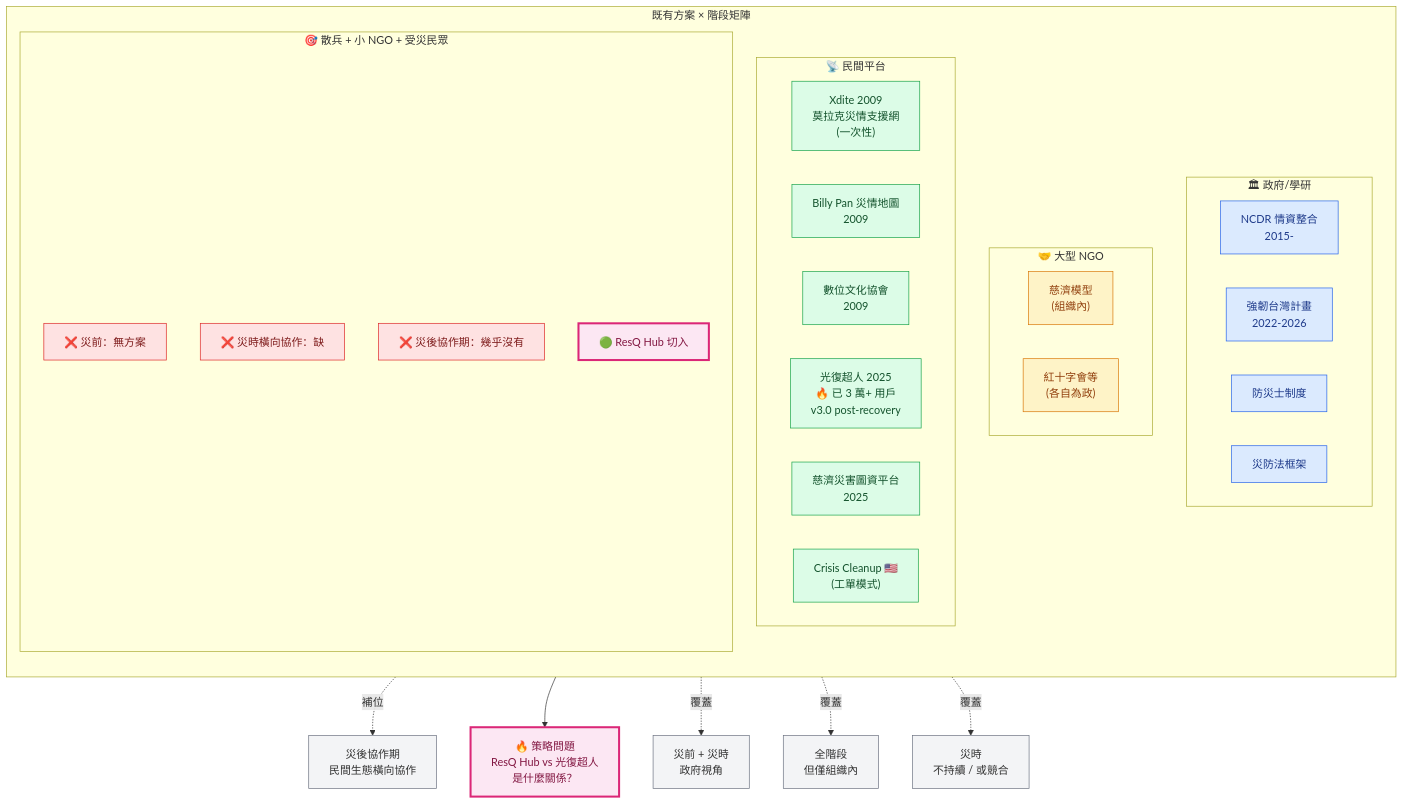
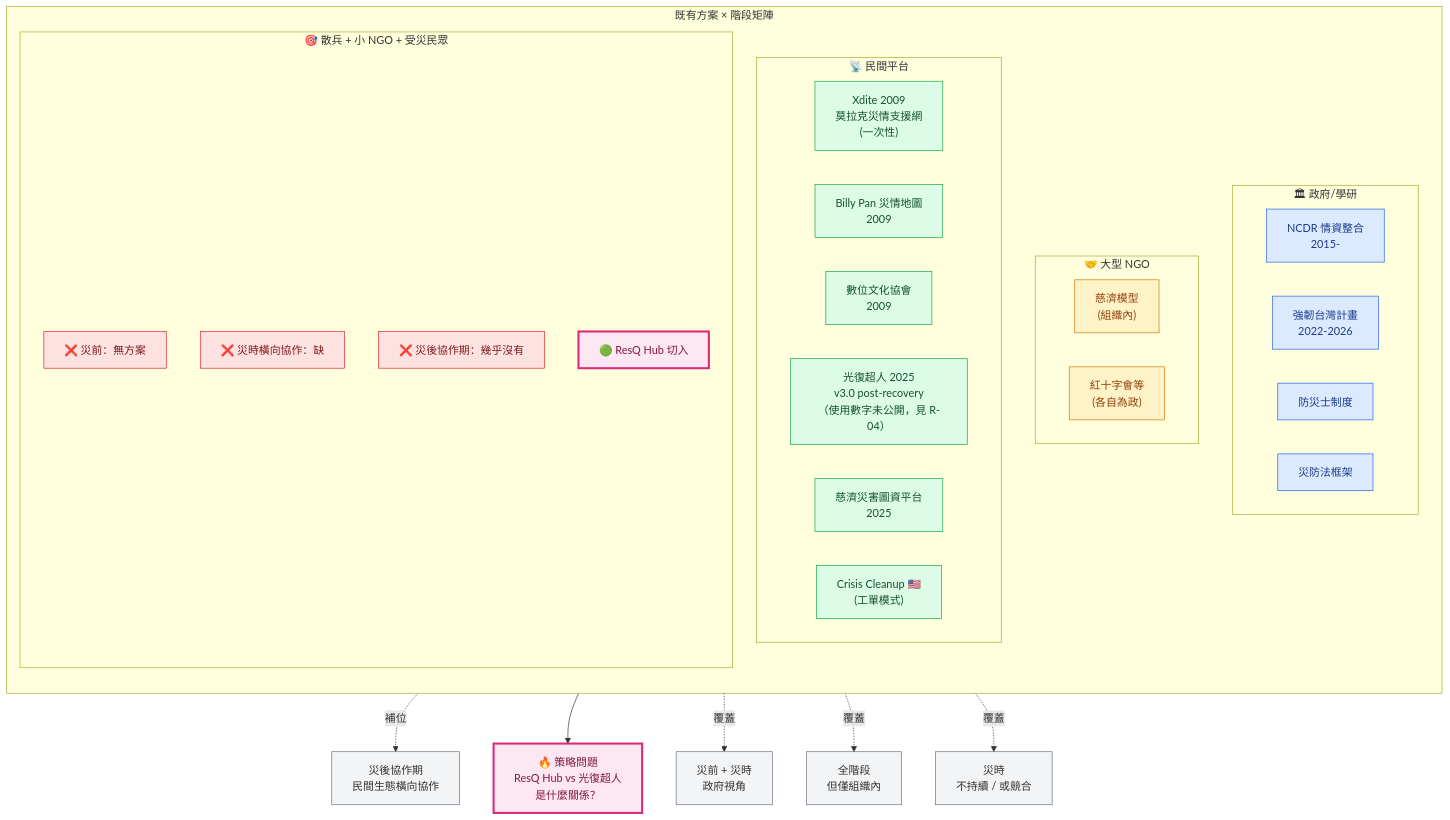
Before and after one commit to BasilHsieh/resq-hub: the fifth of 8 diagrams in ARCHITECTURE.md, drawn with Mermaid. The commit also changed other lines of this file and 12 other files, not shown here.

````diff
--- a/ARCHITECTURE.md
+++ b/ARCHITECTURE.md
@@ -373,64 +375,64 @@
 ```mermaid
 flowchart TB
     subgraph MATRIX["既有方案 × 階段矩陣"]
         direction TB
 
         subgraph G["🏛 政府/學研"]
             G1["NCDR 情資整合<br/>2015-"]:::gov
             G2["強韌台灣計畫<br/>2022-2026"]:::gov
             G3["防災士制度"]:::gov
             G4["災防法框架"]:::gov
         end
 
         subgraph NGO["🤝 大型 NGO"]
             NGO1["慈濟模型<br/>(組織內)"]:::ngo
             NGO2["紅十字會等<br/>(各自為政)"]:::ngo
         end
 
         subgraph CIV["📡 民間平台"]
             CIV1["Xdite 2009<br/>莫拉克災情支援網<br/>(一次性)"]:::civ
             CIV2["Billy Pan 災情地圖<br/>2009"]:::civ
             CIV3["數位文化協會<br/>2009"]:::civ
-            CIV4["光復超人 2025<br/>🔥 已 3 萬+ 用戶<br/>v3.0 post-recovery"]:::civ
+            CIV4["光復超人 2025<br/>v3.0 post-recovery<br/>（使用數字未公開，見 R-04）"]:::civ
             CIV5["慈濟災害圖資平台<br/>2025"]:::civ
             CIV6["Crisis Cleanup 🇺🇸<br/>(工單模式)"]:::civ
         end
 
         subgraph GAP["🎯 散兵 + 小 NGO + 受災民眾"]
             GAP1["❌ 災前：無方案"]:::gap
             GAP2["❌ 災時橫向協作：缺"]:::gap
             GAP3["❌ 災後協作期：幾乎沒有"]:::gap
             HUB["🟢 ResQ Hub 切入"]:::hub
         end
     end
 
     G -.覆蓋.-> ST1["災前 + 災時<br/>政府視角"]
     NGO -.覆蓋.-> ST2["全階段<br/>但僅組織內"]
     CIV -.覆蓋.-> ST3["災時<br/>不持續 / 或競合"]
     HUB -.補位.-> ST4["災後協作期<br/>民間生態橫向協作"]
 
     HUB --> Q["🔥 策略問題<br/>ResQ Hub vs 光復超人<br/>是什麼關係？"]
 
     classDef gov fill:#dbeafe,stroke:#2563eb,color:#1e3a8a
     classDef ngo fill:#fef3c7,stroke:#d97706,color:#92400e
     classDef civ fill:#dcfce7,stroke:#16a34a,color:#14532d
     classDef gap fill:#fee2e2,stroke:#dc2626,color:#7f1d1d
     classDef hub fill:#fce7f3,stroke:#db2777,color:#831843,stroke-width:3px
     classDef stage fill:#f3f4f6,stroke:#6b7280
     class ST1,ST2,ST3,ST4 stage
     class Q hub
 
     click G1 "knowledge/context/數位化平台論文_2019.md" "NCDR 計畫詳細分析"
     click G2 "knowledge/context/強韌台灣計畫_2022.md" "強韌台灣計畫整理"
     click G3 "knowledge/context/強韌台灣計畫_2022.md" "防災士制度（屬強韌台灣子計畫）"
     click G4 "knowledge/context/謝志強災害防救法_2014.md" "災防法的法理分析"
     click NGO1 "knowledge/context/慈濟莫拉克教育援助志工_2013.md" "慈濟動員模型"
     click CIV1 "knowledge/context/鄭宇君社群媒體公民參與_2014.md" "Xdite 莫拉克災情支援網案例"
     click CIV2 "knowledge/context/鄭宇君社群媒體公民參與_2014.md" "Billy Pan 災情地圖案例"
     click CIV3 "knowledge/context/鄭宇君社群媒體公民參與_2014.md" "數位文化協會案例"
     click CIV4 "knowledge/context/馬太鞍溪實際使用工具盤點_2025.md" "光復超人現況"
     click CIV5 "knowledge/context/馬太鞍溪實際使用工具盤點_2025.md" "慈濟災害圖資平台"
     click CIV6 "knowledge/context/國外志工協作平台與實務_2026.md" "Crisis Cleanup 工單模式"
     click HUB "knowledge/framework/戰略定位.md" "ResQ Hub 切入點定位"
     click Q "knowledge/context/馬太鞍溪實際使用工具盤點_2025.md" "ResQ Hub vs 光復超人策略問題"
 ```
````
